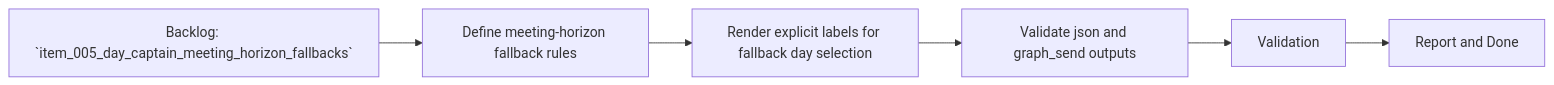
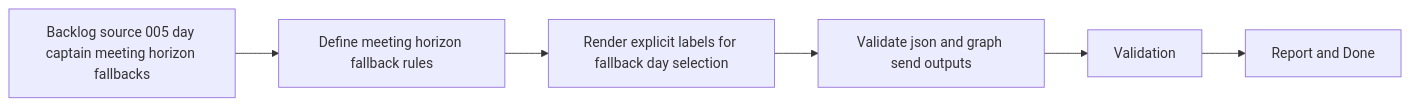
The diagram in logics/tasks/task_011_day_captain_meeting_horizon_fallbacks.md (AlexAgo83/day-captain), drawn with Mermaid before and after one commit. The commit also changed 40 other files, not shown here.

Commit message:
Normalize Logics Mermaid diagrams

````diff
--- a/logics/tasks/task_011_day_captain_meeting_horizon_fallbacks.md
+++ b/logics/tasks/task_011_day_captain_meeting_horizon_fallbacks.md
@@ -18,8 +18,8 @@
 ```mermaid
 flowchart LR
-    Backlog[Backlog: `item_005_day_captain_meeting_horizon_fallbacks`] --> Step1[Define meeting-horizon fallback rules]
+    Backlog[Backlog source 005 day captain meeting horizon fallbacks] --> Step1[Define meeting horizon fallback rules]
     Step1 --> Step2[Render explicit labels for fallback day selection]
-    Step2 --> Step3[Validate json and graph_send outputs]
+    Step2 --> Step3[Validate json and graph send outputs]
     Step3 --> Validation[Validation]
     Validation --> Report[Report and Done]
 ```
````
